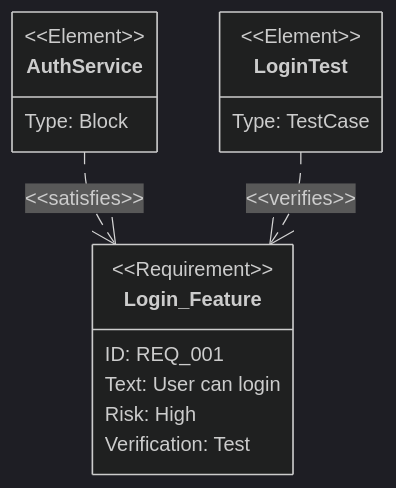
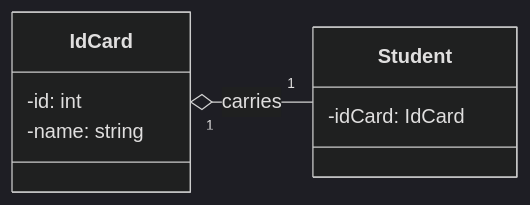
One commit to ToshikiImagawa/ai-sdd-workflow changed diagram 19 of 51 in plugins/sdd-workflow/shared/references/mermaid_notation_rules.md. Above: the diagram before and after it, drawn with Mermaid. The commit also changed other lines of this file and 2 other files, not shown here.

Commit message:
要件図の構文をMermaidの標準仕様に基づき全面更新し、関連記述を最新化。要素、属性、関係性定義の詳細例および記法ガイドを強化。

````diff
--- a/plugins/sdd-workflow/shared/references/mermaid_notation_rules.md
+++ b/plugins/sdd-workflow/shared/references/mermaid_notation_rules.md
@@ -241,22 +385,13 @@
 ```mermaid
 %%{init: {'theme': 'dark'}}%%
-requirementDiagram
-
-    requirement Login_Feature {
-        id: REQ_001
-        text: "User can login"
-        risk: high
-        verifymethod: test
+classDiagram
+    direction RL
+    class Student {
+        -idCard: IdCard
     }
-
-    element AuthService {
-        type: "Block"
+    class IdCard {
+        -id: int
+        -name: string
     }
-
-    element LoginTest {
-        type: "TestCase"
-    }
-
-    AuthService - satisfies -> Login_Feature
-    LoginTest - verifies -> Login_Feature
+    Student "1" --o "1" IdCard: carries
 ```
````
